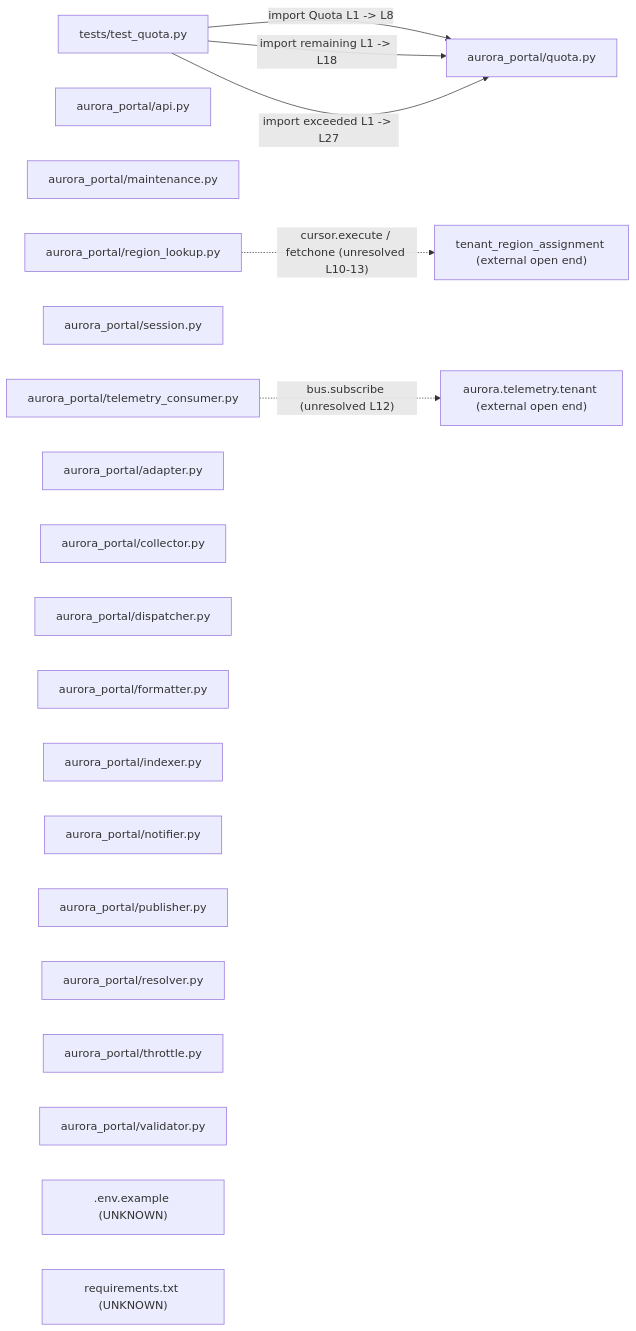
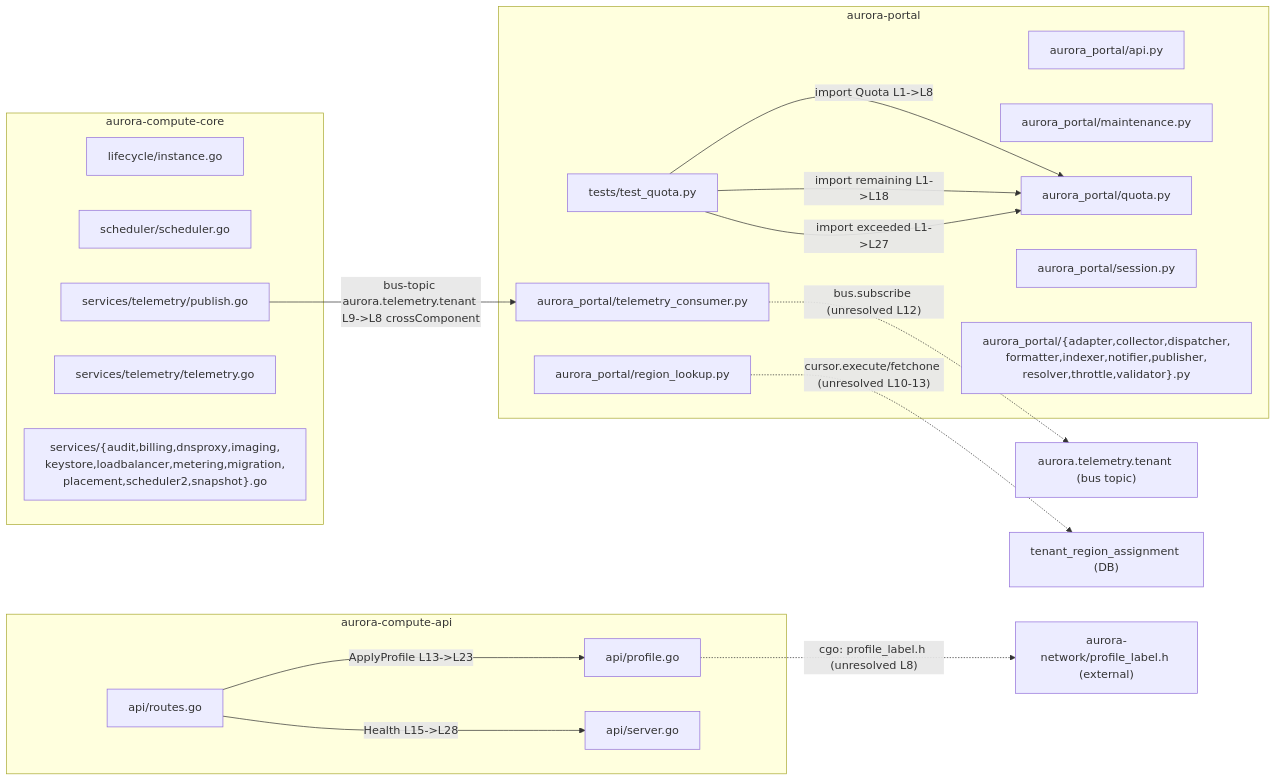
The diagram in docs/components/payload_plaintext.md (daves1102/AgentStudioTest), drawn with Mermaid before and after one commit. The commit also changed other lines of this file and 2 other files, not shown here.

Commit message:
docs: add component synthesis and index

````diff
--- a/docs/components/payload_plaintext.md
+++ b/docs/components/payload_plaintext.md
@@ -181,31 +344,41 @@
 ```mermaid
 graph LR
-    test-quota["tests/test_quota.py"]
-    api["aurora_portal/api.py"]
-    maintenance["aurora_portal/maintenance.py"]
-    quota["aurora_portal/quota.py"]
-    region-lookup["aurora_portal/region_lookup.py"]
-    session["aurora_portal/session.py"]
-    telemetry-consumer["aurora_portal/telemetry_consumer.py"]
-    adapter["aurora_portal/adapter.py"]
-    collector["aurora_portal/collector.py"]
-    dispatcher["aurora_portal/dispatcher.py"]
-    formatter["aurora_portal/formatter.py"]
-    indexer["aurora_portal/indexer.py"]
-    notifier["aurora_portal/notifier.py"]
-    publisher["aurora_portal/publisher.py"]
-    resolver["aurora_portal/resolver.py"]
-    throttle["aurora_portal/throttle.py"]
-    validator["aurora_portal/validator.py"]
-    env-example[".env.example (UNKNOWN)"]
-    requirements["requirements.txt (UNKNOWN)"]
-    bus-topic["aurora.telemetry.tenant (external open end)"]
-    db-table["tenant_region_assignment (external open end)"]
+    subgraph aurora-portal
+        ap-test-quota["tests/test_quota.py"]
+        ap-api["aurora_portal/api.py"]
+        ap-maintenance["aurora_portal/maintenance.py"]
+        ap-quota["aurora_portal/quota.py"]
+        ap-region["aurora_portal/region_lookup.py"]
+        ap-session["aurora_portal/session.py"]
+        ap-telemetry["aurora_portal/telemetry_consumer.py"]
+        ap-pipeline["aurora_portal/{adapter,collector,dispatcher,\nformatter,indexer,notifier,publisher,\nresolver,throttle,validator}.py"]
+    end
+    subgraph aurora-compute-api
+        ac-profile["api/profile.go"]
+        ac-routes["api/routes.go"]
+        ac-server["api/server.go"]
+    end
+    subgraph aurora-compute-core
+        ac-instance["lifecycle/instance.go"]
+        ac-scheduler["scheduler/scheduler.go"]
+        ac-publish["services/telemetry/publish.go"]
+        ac-telemetry["services/telemetry/telemetry.go"]
+        ac-stores["services/{audit,billing,dnsproxy,imaging,\nkeystore,loadbalancer,metering,migration,\nplacement,scheduler2,snapshot}.go"]
+    end
+    ext-bus["aurora.telemetry.tenant (bus topic)"]
+    ext-db["tenant_region_assignment (DB)"]
+    ext-aurora-network["aurora-network/profile_label.h (external)"]
 
-    test-quota -->|"import Quota L1 -> L8"| quota
-    test-quota -->|"import remaining L1 -> L18"| quota
-    test-quota -->|"import exceeded L1 -> L27"| quota
+    ap-test-quota -->|"import Quota L1->L8"| ap-quota
+    ap-test-quota -->|"import remaining L1->L18"| ap-quota
+    ap-test-quota -->|"import exceeded L1->L27"| ap-quota
 
-    telemetry-consumer -.->|"bus.subscribe (unresolved L12)"| bus-topic
-    region-lookup -.->|"cursor.execute / fetchone (unresolved L10-13)"| db-table
+    ac-routes -->|"ApplyProfile L13->L23"| ac-profile
+    ac-routes -->|"Health L15->L28"| ac-server
+
+    ac-publish -->|"bus-topic aurora.telemetry.tenant L9->L8 crossComponent"| ap-telemetry
+
+    ap-telemetry -.->|"bus.subscribe (unresolved L12)"| ext-bus
+    ap-region -.->|"cursor.execute/fetchone (unresolved L10-13)"| ext-db
+    ac-profile -.->|"cgo: profile_label.h (unresolved L8)"| ext-aurora-network
 ```
````
